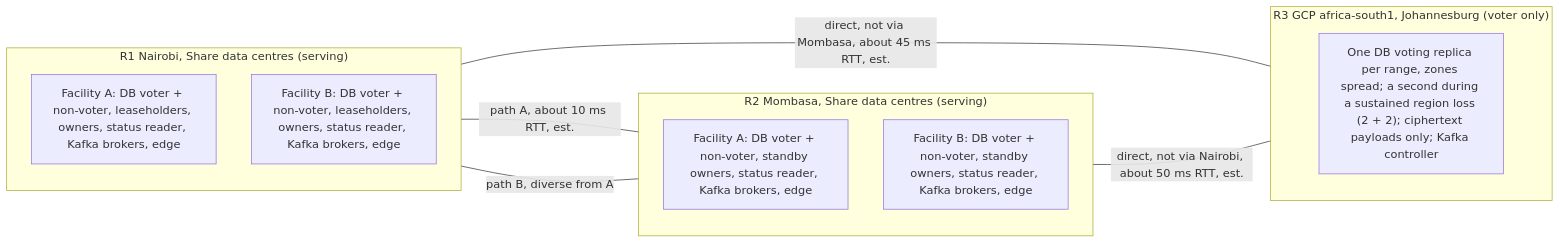
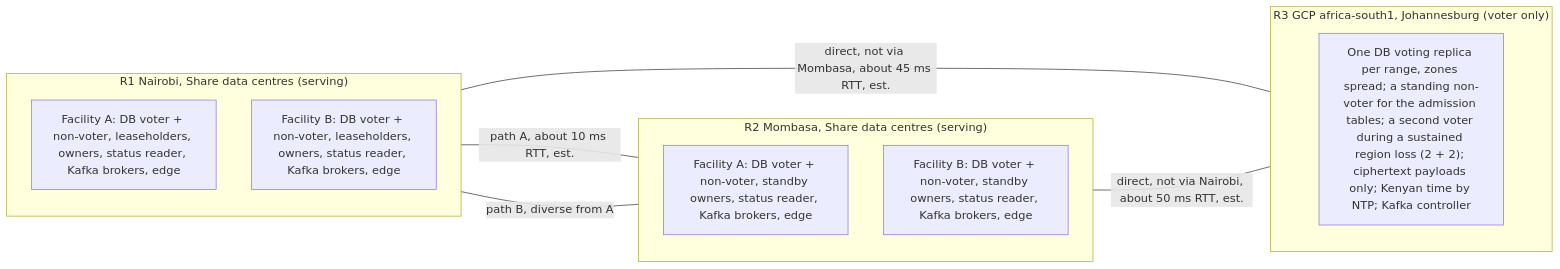
One commit to tgenov/bandwidth-reservations changed the fourth of 4 diagrams in docs/03-rfcs/RFC-000-architecture.md. Above: the diagram before and after it, drawn with Mermaid. The commit also changed other lines of this file and 16 other files, not shown here.

````diff
--- a/docs/03-rfcs/RFC-000-architecture.md
+++ b/docs/03-rfcs/RFC-000-architecture.md
@@ -885,18 +916,18 @@
 ```mermaid
 flowchart LR
   subgraph R1["R1 Nairobi, Share data centres (serving)"]
     R1a["Facility A: DB voter + non-voter, leaseholders, owners, status reader, Kafka brokers, edge"]
     R1b["Facility B: DB voter + non-voter, leaseholders, owners, status reader, Kafka brokers, edge"]
   end
   subgraph R2["R2 Mombasa, Share data centres (serving)"]
     R2a["Facility A: DB voter + non-voter, standby owners, status reader, Kafka brokers, edge"]
     R2b["Facility B: DB voter + non-voter, standby owners, status reader, Kafka brokers, edge"]
   end
   subgraph R3["R3 GCP africa-south1, Johannesburg (voter only)"]
-    R3a["One DB voting replica per range, zones spread; a second during a sustained region loss (2 + 2); ciphertext payloads only; Kafka controller"]
+    R3a["One DB voting replica per range, zones spread; a standing non-voter for the admission tables; a second voter during a sustained region loss (2 + 2); ciphertext payloads only; Kenyan time by NTP; Kafka controller"]
   end
   R1 ---|"path A, about 10 ms RTT, est."| R2
   R1 ---|"path B, diverse from A"| R2
   R1 ---|"direct, not via Mombasa, about 45 ms RTT, est."| R3
   R2 ---|"direct, not via Nairobi, about 50 ms RTT, est."| R3
 ```
````
